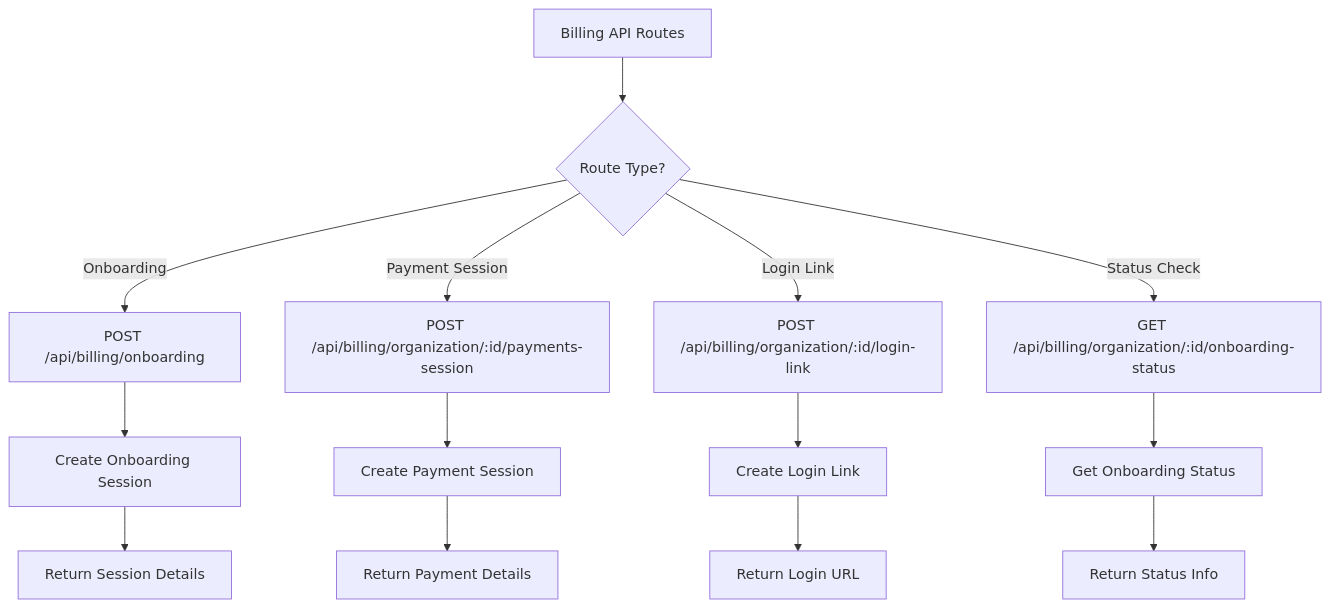
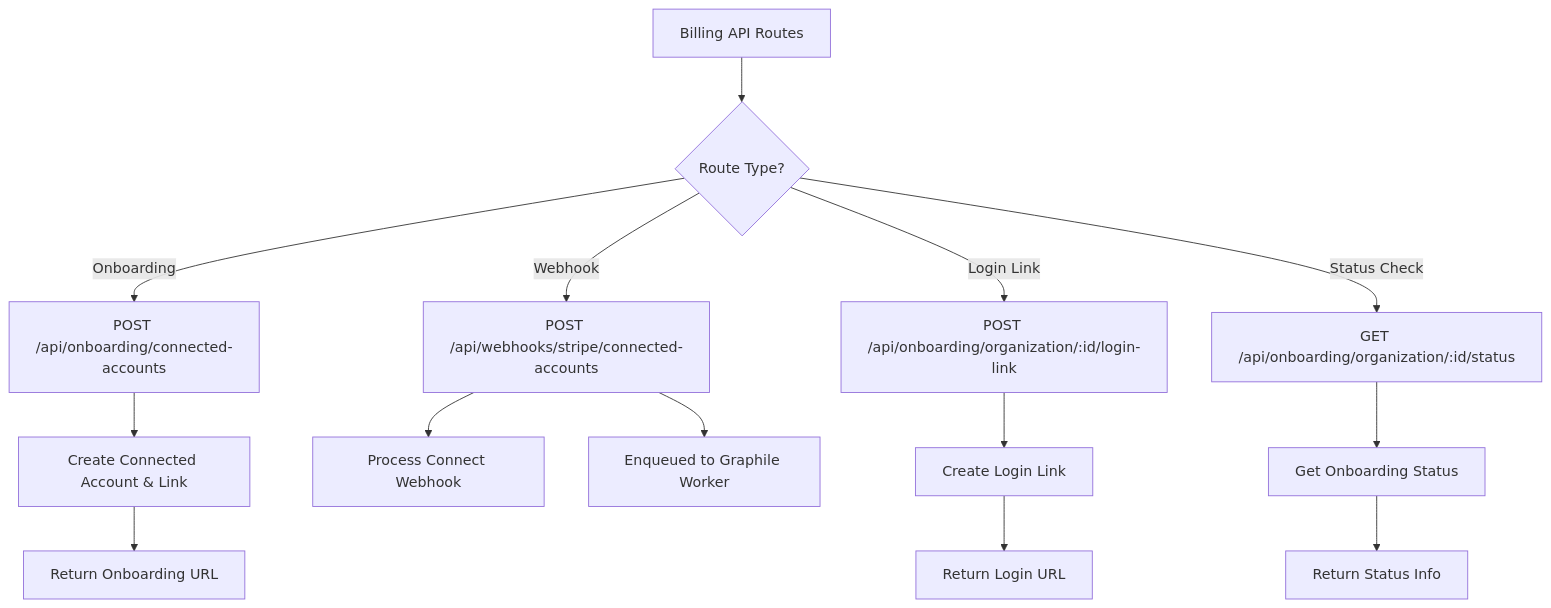
One commit to Blawby/blawby-backend changed diagram 23 of 24 in PROJECT_SUMMARY.md. Above: the diagram before and after it, drawn with Mermaid. The commit also changed other lines of this file and 23 other files, not shown here.

Commit message:
change stripe embedded components to stripe hosted onboarding

````diff
--- a/PROJECT_SUMMARY.md
+++ b/PROJECT_SUMMARY.md
@@ -721,19 +723,19 @@
 ```mermaid
 graph TD
     A[Billing API Routes] --> B{Route Type?}
 
-    B -->|Onboarding| C[POST /api/billing/onboarding]
-    B -->|Payment Session| D[POST /api/billing/organization/:id/payments-session]
-    B -->|Login Link| E[POST /api/billing/organization/:id/login-link]
-    B -->|Status Check| F[GET /api/billing/organization/:id/onboarding-status]
+    B -->|Onboarding| C[POST /api/onboarding/connected-accounts]
+    B -->|Webhook| D[POST /api/webhooks/stripe/connected-accounts]
+    B -->|Login Link| E[POST /api/onboarding/organization/:id/login-link]
+    B -->|Status Check| F[GET /api/onboarding/organization/:id/status]
 
-    C --> G[Create Onboarding Session]
-    D --> H[Create Payment Session]
+    C --> G[Create Connected Account & Link]
+    D --> H[Process Connect Webhook]
     E --> I[Create Login Link]
     F --> J[Get Onboarding Status]
 
-    G --> K[Return Session Details]
-    H --> L[Return Payment Details]
+    G --> K[Return Onboarding URL]
+    D --> L[Enqueued to Graphile Worker]
     I --> M[Return Login URL]
     J --> N[Return Status Info]
 ```
````
